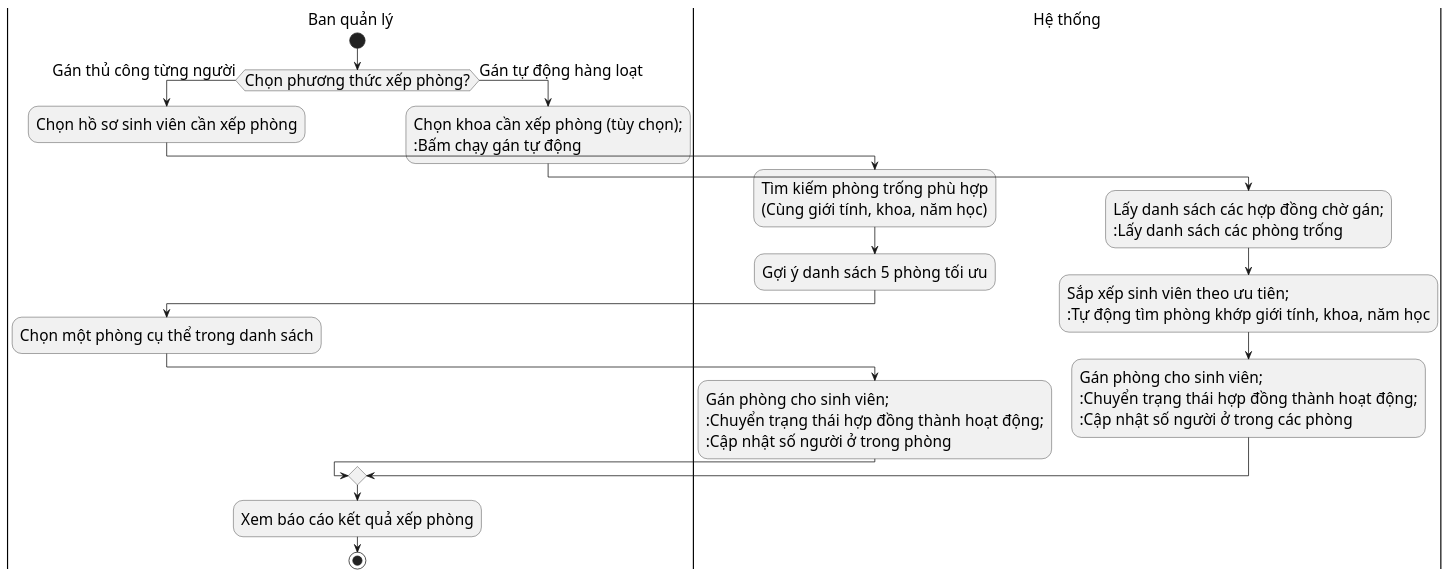
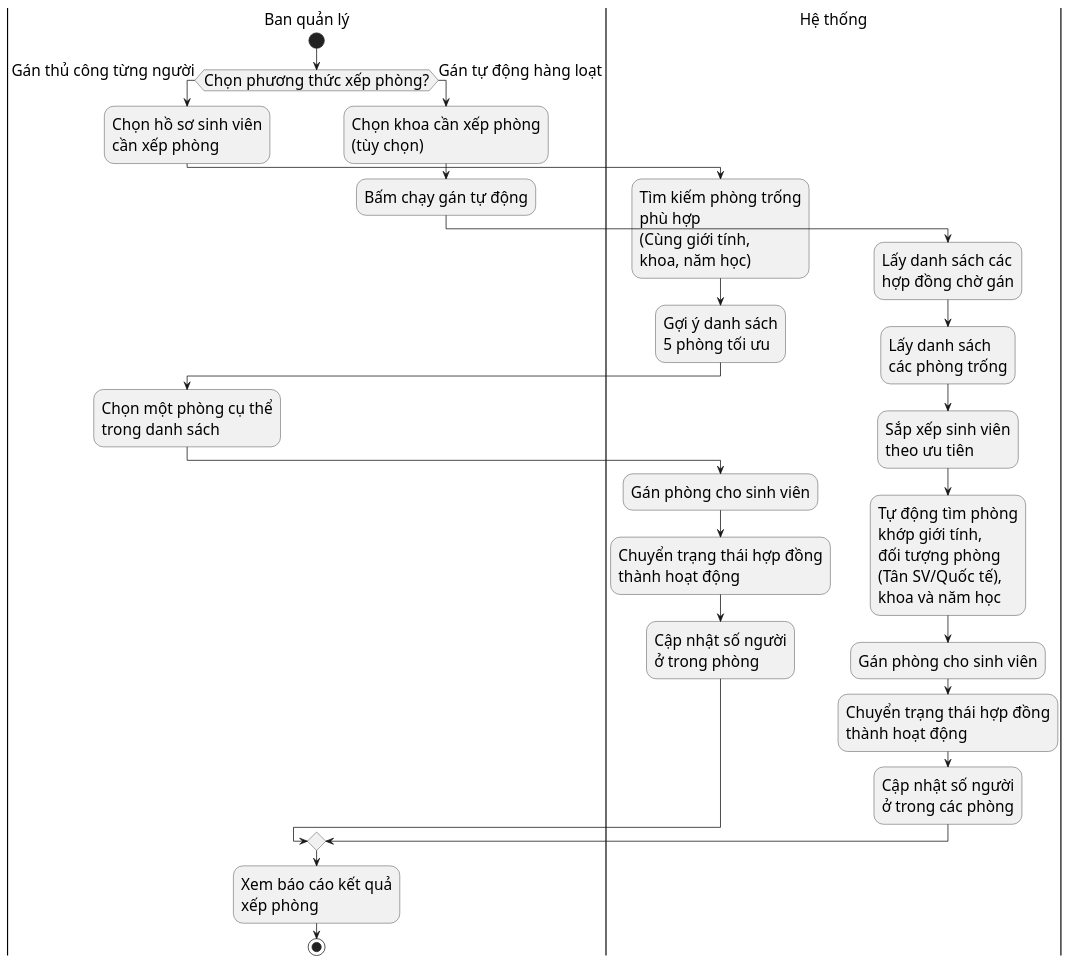
Before and after one commit to s0nbuildtech287/dormitory-frontend: the diagram in diagrams/nhomphonghopdong/room_assignment_activity.puml, drawn with PlantUML. The commit also changed 1 other file, not shown here.

```diff
--- a/diagrams/nhomphonghopdong/room_assignment_activity.puml
+++ b/diagrams/nhomphonghopdong/room_assignment_activity.puml
@@ -1,26 +1,33 @@
 @startuml "Room Assignment Activity"
 skinparam defaultFontSize 20
 skinparam defaultFontName "Times New Roman"
 |Ban quản lý|
 start
 if (Chọn phương thức xếp phòng?) then (Gán thủ công từng người)
-  :Chọn hồ sơ sinh viên cần xếp phòng;
+  :Chọn hồ sơ sinh viên\ncần xếp phòng;
   |Hệ thống|
-  :Tìm kiếm phòng trống phù hợp\n(Cùng giới tính, khoa, năm học);
-  :Gợi ý danh sách 5 phòng tối ưu;
+  :Tìm kiếm phòng trống\nphù hợp\n(Cùng giới tính,\nkhoa, năm học);
+  :Gợi ý danh sách\n5 phòng tối ưu;
   |Ban quản lý|
-  :Chọn một phòng cụ thể trong danh sách;
+  :Chọn một phòng cụ thể\ntrong danh sách;
   |Hệ thống|
-  :Gán phòng cho sinh viên;\n:Chuyển trạng thái hợp đồng thành hoạt động;\n:Cập nhật số người ở trong phòng;
+  :Gán phòng cho sinh viên;
+  :Chuyển trạng thái hợp đồng\nthành hoạt động;
+  :Cập nhật số người\nở trong phòng;
 else (Gán tự động hàng loạt)
   |Ban quản lý|
-  :Chọn khoa cần xếp phòng (tùy chọn);\n:Bấm chạy gán tự động;
+  :Chọn khoa cần xếp phòng\n(tùy chọn);
+  :Bấm chạy gán tự động;
   |Hệ thống|
-  :Lấy danh sách các hợp đồng chờ gán;\n:Lấy danh sách các phòng trống;
-  :Sắp xếp sinh viên theo ưu tiên;\n:Tự động tìm phòng khớp giới tính, khoa, năm học;
-  :Gán phòng cho sinh viên;\n:Chuyển trạng thái hợp đồng thành hoạt động;\n:Cập nhật số người ở trong các phòng;
+  :Lấy danh sách các\nhợp đồng chờ gán;
+  :Lấy danh sách\ncác phòng trống;
+  :Sắp xếp sinh viên\ntheo ưu tiên;
+  :Tự động tìm phòng\nkhớp giới tính,\nđối tượng phòng\n(Tân SV/Quốc tế),\nkhoa và năm học;
+  :Gán phòng cho sinh viên;
+  :Chuyển trạng thái hợp đồng\nthành hoạt động;
+  :Cập nhật số người\nở trong các phòng;
 endif
 |Ban quản lý|
-:Xem báo cáo kết quả xếp phòng;
+:Xem báo cáo kết quả\nxếp phòng;
 stop
 @enduml
```
